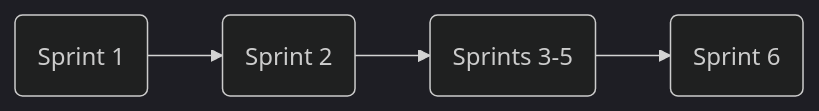
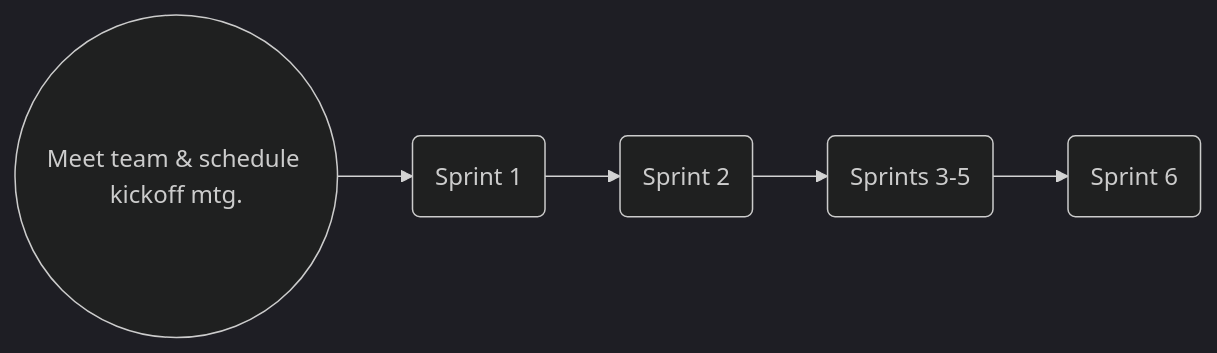
The second of 2 diagrams in docs/guides/voyage/voyage.md (chingu-voyages/Handbook), drawn with Mermaid (dark theme) before and after one commit.

Commit message:
Feature: Add new Voyage Process diagram

````diff
--- a/docs/guides/voyage/voyage.md
+++ b/docs/guides/voyage/voyage.md
@@ -243,10 +243,13 @@
 ```mermaid
 graph LR
   SPRINT1("Sprint 1")
   SPRINT2("Sprint 2")
   SPRINT1-->SPRINT2
   SPRINT35("Sprints 3-5")
   SPRINT2-->SPRINT35
   SPRINT6("Sprint 6")
   SPRINT35-->SPRINT6
+
+  ONE(("Meet team & schedule kickoff mtg."))
+  ONE-->SPRINT1
 ```
````
